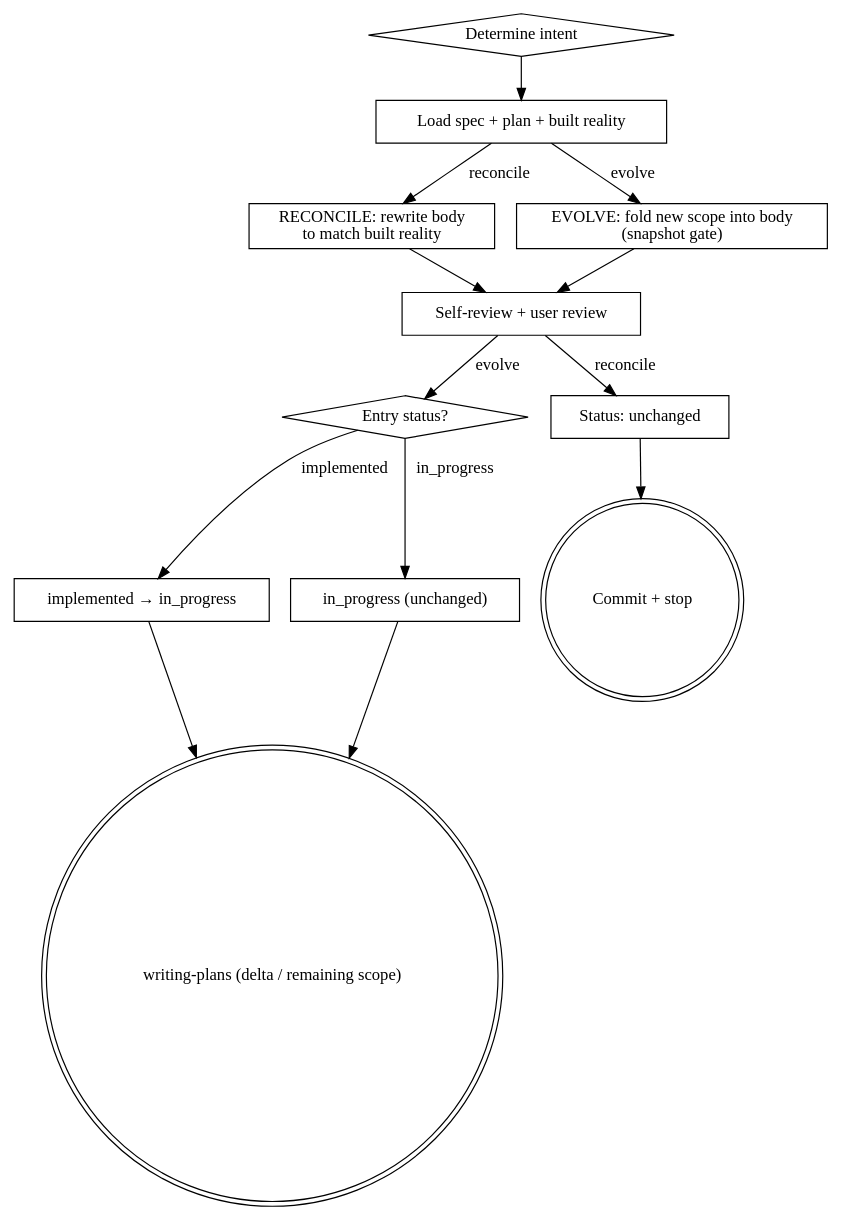
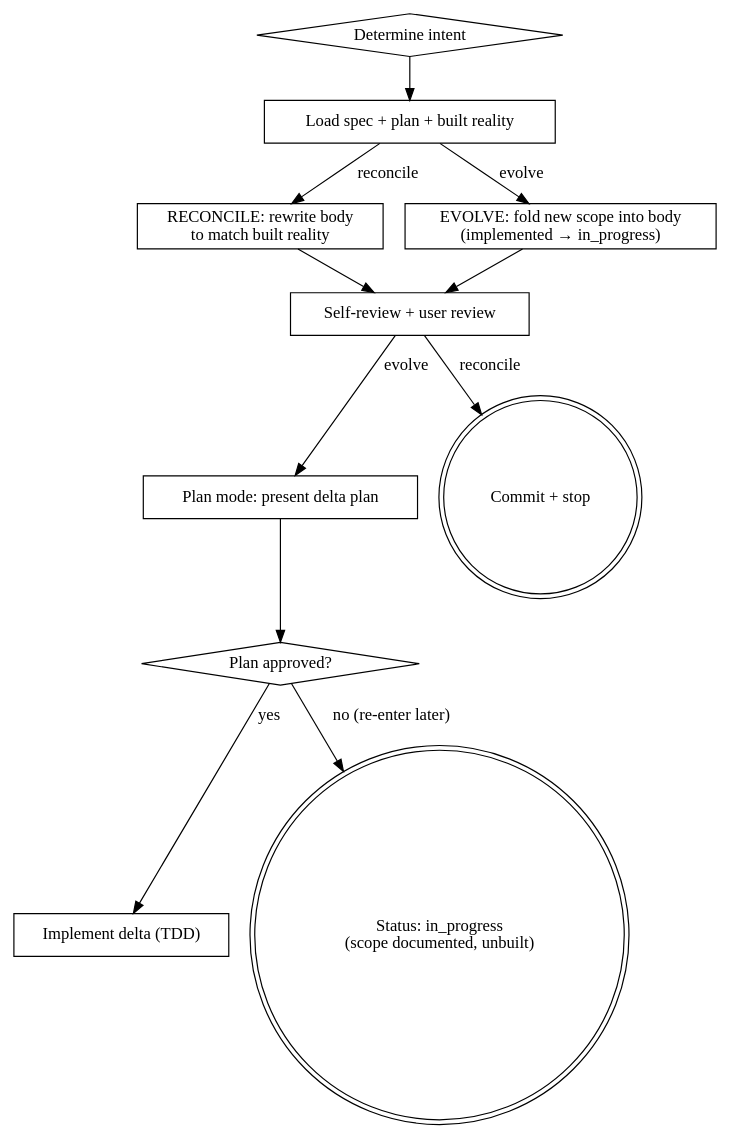
The diagram in skills/spec-update/SKILL.md (HumanBean17/superpowers), drawn with Graphviz before and after one commit. The commit also changed other lines of this file and 2 other files, not shown here.

Commit message:
refactor(spec-update): evolve via plan mode, bypass writing-plans
spec-update evolve no longer invokes writing-plans. After updating the
spec (and flipping implemented → in_progress), the agent plans the delta
in plan mode, presents it via ExitPlanMode, and implements it on
approval (TDD; subagent-driven-development for non-trivial deltas).
Plan rejection leaves the spec in_progress with the new scope documented
but unbuilt.

Reverts the now-unused 'delta plan' note from writing-plans and updates
README (description, Skills Library, Changes section) to match.

````diff
--- a/skills/spec-update/SKILL.md
+++ b/skills/spec-update/SKILL.md
@@ -121,29 +124,26 @@
 ```dot
 digraph spec_update {
     rankdir=TB;
     "Determine intent" [shape=diamond];
     "Load spec + plan + built reality" [shape=box];
     "RECONCILE: rewrite body\nto match built reality" [shape=box];
-    "EVOLVE: fold new scope into body\n(snapshot gate)" [shape=box];
+    "EVOLVE: fold new scope into body\n(implemented → in_progress)" [shape=box];
     "Self-review + user review" [shape=box];
-    "Entry status?" [shape=diamond];
-    "Status: unchanged" [shape=box];
-    "implemented → in_progress" [shape=box];
-    "in_progress (unchanged)" [shape=box];
-    "writing-plans (delta / remaining scope)" [shape=doublecircle];
+    "Plan mode: present delta plan" [shape=box];
+    "Plan approved?" [shape=diamond];
+    "Implement delta (TDD)" [shape=box];
     "Commit + stop" [shape=doublecircle];
+    "Status: in_progress\n(scope documented, unbuilt)" [shape=doublecircle];
 
     "Determine intent" -> "Load spec + plan + built reality";
     "Load spec + plan + built reality" -> "RECONCILE: rewrite body\nto match built reality" [label="reconcile"];
-    "Load spec + plan + built reality" -> "EVOLVE: fold new scope into body\n(snapshot gate)" [label="evolve"];
+    "Load spec + plan + built reality" -> "EVOLVE: fold new scope into body\n(implemented → in_progress)" [label="evolve"];
     "RECONCILE: rewrite body\nto match built reality" -> "Self-review + user review";
-    "EVOLVE: fold new scope into body\n(snapshot gate)" -> "Self-review + user review";
-    "Self-review + user review" -> "Status: unchanged" [label="reconcile"];
-    "Status: unchanged" -> "Commit + stop";
-    "Self-review + user review" -> "Entry status?" [label="evolve"];
-    "Entry status?" -> "implemented → in_progress" [label="implemented"];
-    "Entry status?" -> "in_progress (unchanged)" [label="in_progress"];
-    "implemented → in_progress" -> "writing-plans (delta / remaining scope)";
-    "in_progress (unchanged)" -> "writing-plans (delta / remaining scope)";
+    "EVOLVE: fold new scope into body\n(implemented → in_progress)" -> "Self-review + user review";
+    "Self-review + user review" -> "Commit + stop" [label="reconcile"];
+    "Self-review + user review" -> "Plan mode: present delta plan" [label="evolve"];
+    "Plan mode: present delta plan" -> "Plan approved?";
+    "Plan approved?" -> "Implement delta (TDD)" [label="yes"];
+    "Plan approved?" -> "Status: in_progress\n(scope documented, unbuilt)" [label="no (re-enter later)"];
 }
 ```
````
